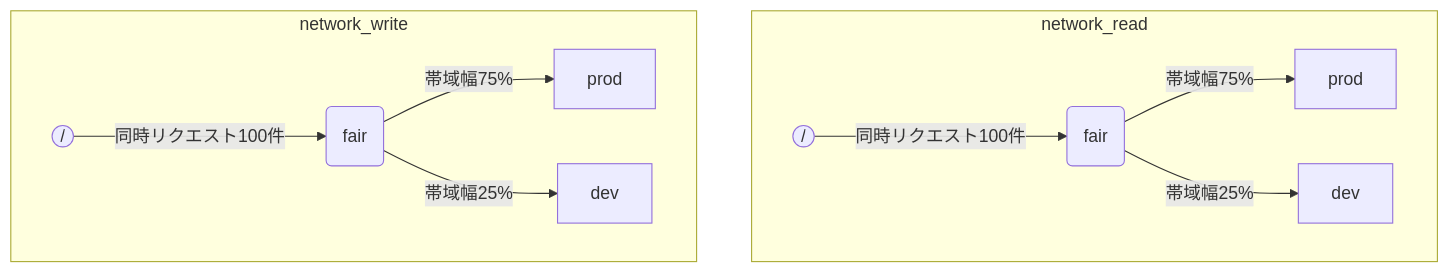
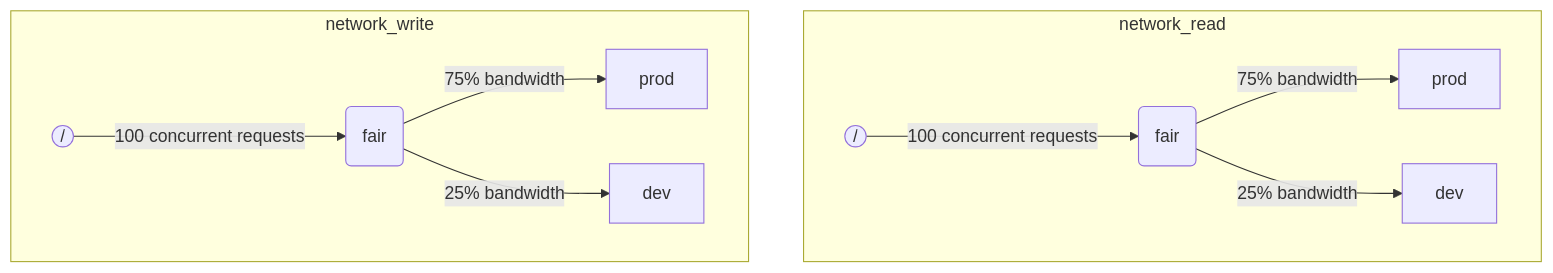
One commit to ClickHouse/clickhouse-docs changed the diagram in i18n/jp/docusaurus-plugin-content-docs/current/operations/workload-scheduling.md. Above: the diagram before and after it, drawn with Mermaid. The commit also changed other lines of this file and 1785 other files, not shown here.

````diff
--- a/i18n/jp/docusaurus-plugin-content-docs/current/operations/workload-scheduling.md
+++ b/i18n/jp/docusaurus-plugin-content-docs/current/operations/workload-scheduling.md
@@ -89,18 +89,18 @@
 ```mermaid
 graph TD
     subgraph network_read
     nr_root(("/"))
-    -->|同時リクエスト100件| nr_fair("fair")
-    -->|帯域幅75%| nr_prod["prod"]
+    -->|100 concurrent requests| nr_fair("fair")
+    -->|75% bandwidth| nr_prod["prod"]
     nr_fair
-    -->|帯域幅25%| nr_dev["dev"]
+    -->|25% bandwidth| nr_dev["dev"]
     end
 
     subgraph network_write
     nw_root(("/"))
-    -->|同時リクエスト100件| nw_fair("fair")
-    -->|帯域幅75%| nw_prod["prod"]
+    -->|100 concurrent requests| nw_fair("fair")
+    -->|75% bandwidth| nw_prod["prod"]
     nw_fair
-    -->|帯域幅25%| nw_dev["dev"]
+    -->|25% bandwidth| nw_dev["dev"]
     end
 ```
````
